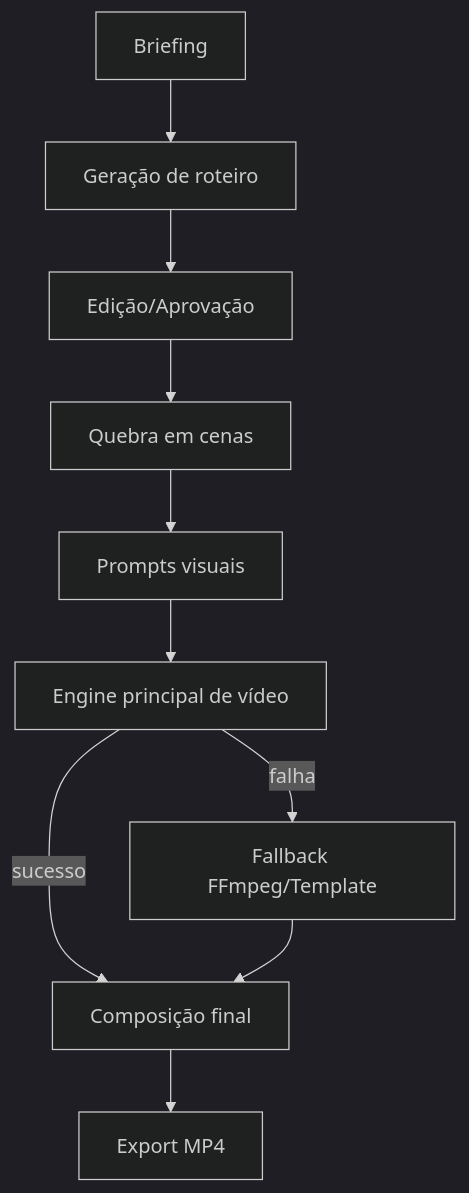
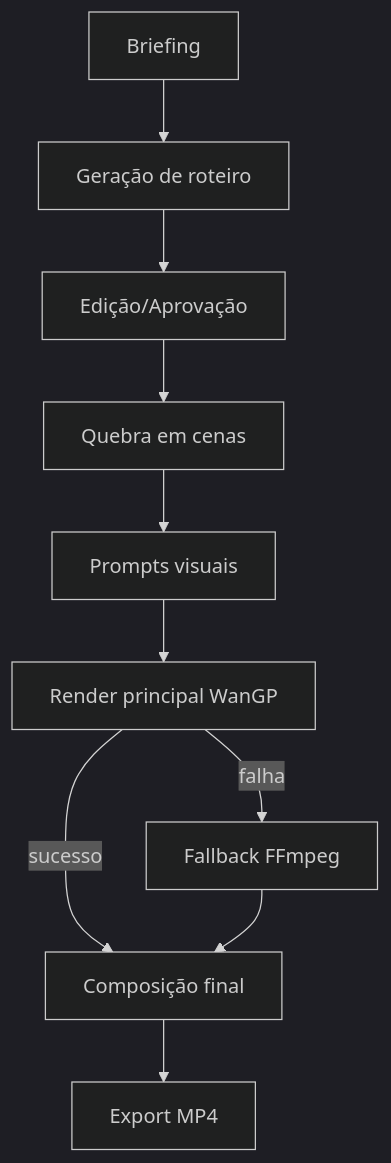
The first of 2 diagrams in README.md (rickchiod-hash/galFlowAI), drawn with Mermaid (dark theme) before and after one commit. The commit also changed other lines of this file, not shown here.

````diff
--- a/README.md
+++ b/README.md
@@ -100,12 +77,12 @@
 ```mermaid
 flowchart TD
     A[Briefing] --> B[Geração de roteiro]
     B --> C[Edição/Aprovação]
     C --> D[Quebra em cenas]
     D --> E[Prompts visuais]
-    E --> F[Engine principal de vídeo]
-    F -->|falha| G[Fallback FFmpeg/Template]
+    E --> F[Render principal WanGP]
+    F -->|falha| G[Fallback FFmpeg]
     F -->|sucesso| H[Composição final]
     G --> H
     H --> I[Export MP4]
 ```
````
